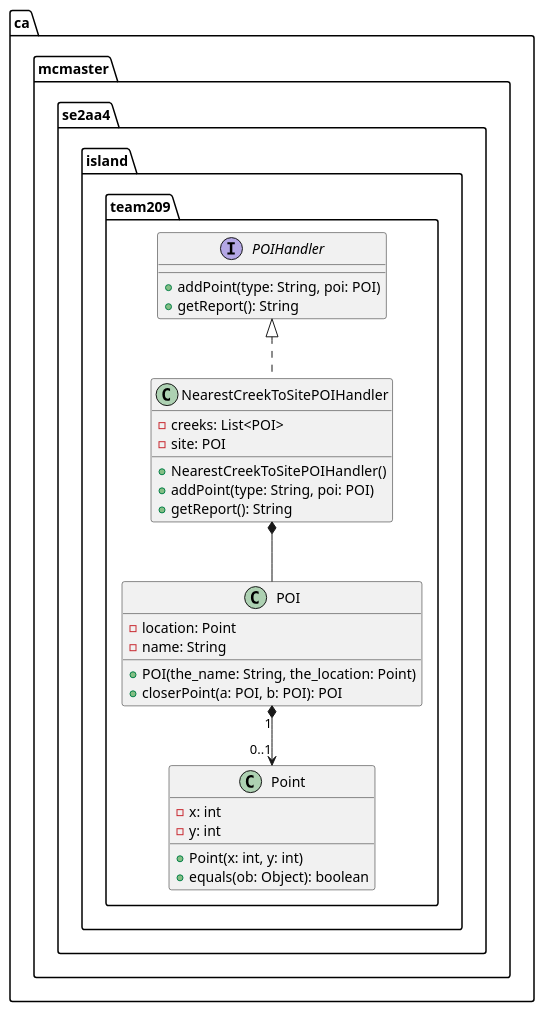
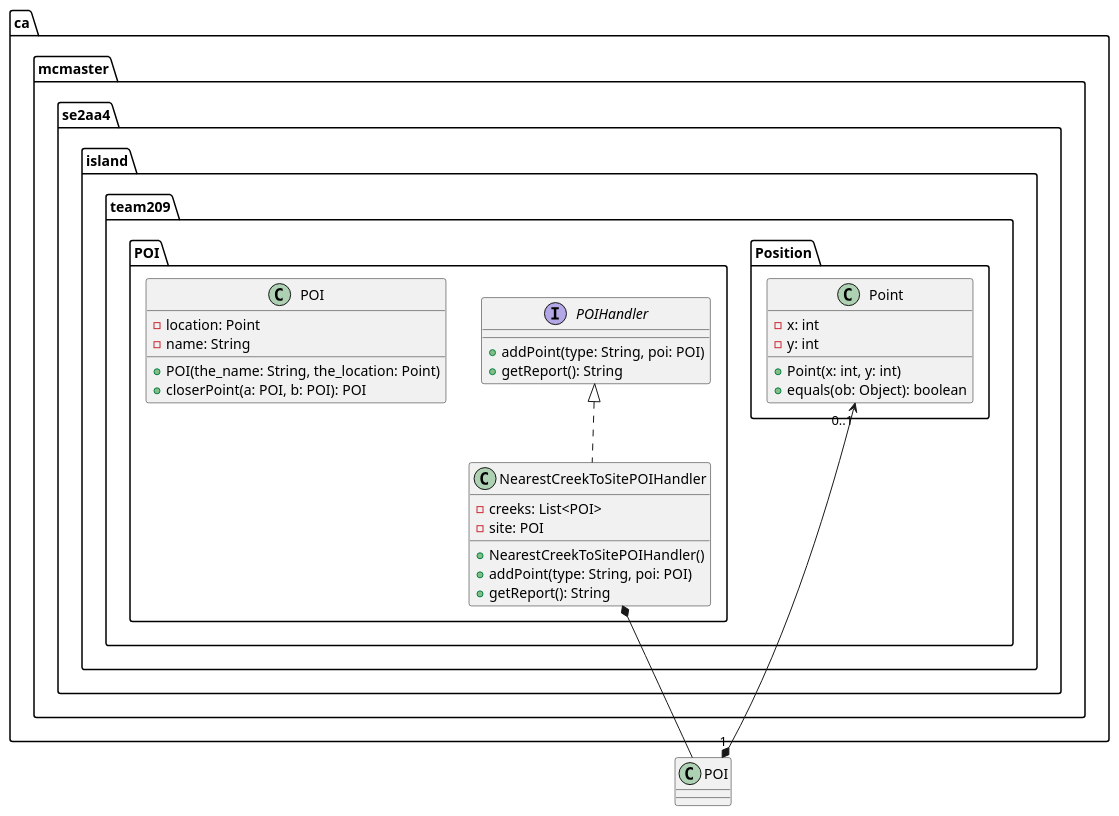
Before and after one commit to xSankalpaD/Island-Explorer: the diagram in src/main/java/ca/mcmaster/UML Diagrams/POI.wsd, drawn with PlantUML. The commit also changed 1 other file, not shown here.

Commit message:
#28 class diagram UML updates

```diff
--- a/src/main/java/ca/mcmaster/UML Diagrams/POI.wsd
+++ b/src/main/java/ca/mcmaster/UML Diagrams/POI.wsd
@@ -1,39 +1,43 @@
 @startuml POI
 
-package "ca.mcmaster.se2aa4.island.team209" {
+package "ca.mcmaster.se2aa4.island.team209.POI" {
     interface POIHandler {
         + addPoint(type: String, poi: POI)
         + getReport(): String
     }
 
     class POI {
         - location: Point
         - name: String
 
         + POI(the_name: String, the_location: Point)
         + closerPoint(a: POI, b: POI): POI
     }
 
     class NearestCreekToSitePOIHandler {
         - creeks: List<POI>
         - site: POI
 
         + NearestCreekToSitePOIHandler()
         + addPoint(type: String, poi: POI)
         + getReport(): String
     }
 
+    
+
+    
+}
+package "ca.mcmaster.se2aa4.island.team209.Position" {
     class Point {
         - x: int
         - y: int
 
         + Point(x: int, y: int)
         + equals(ob: Object): boolean
     }
-
-    POIHandler <|.. NearestCreekToSitePOIHandler
-    NearestCreekToSitePOIHandler *-- POI
-    POI "1" *--> "0..1" Point
 }
 
+POIHandler <|.. NearestCreekToSitePOIHandler
+NearestCreekToSitePOIHandler *-- POI
+POI "1" *--> "0..1" Point
 @enduml
```
